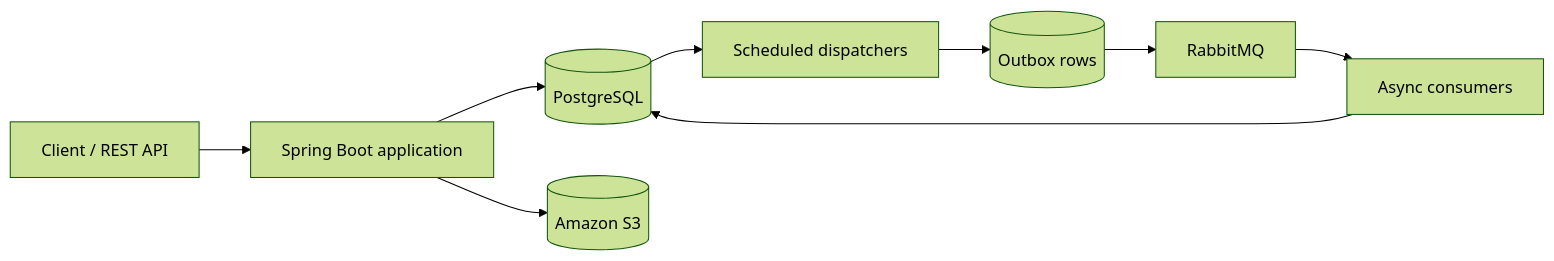
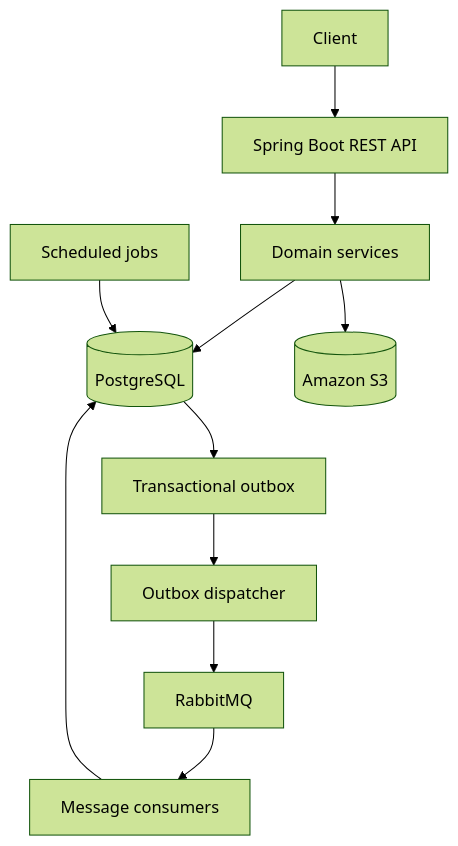
The first of 4 diagrams in README.md (MarioSandy/inventory-management-springboot), drawn with Mermaid (forest theme) before and after one commit. The commit also changed other lines of this file, not shown here.

Commit message:
docs: refocus README on project architecture and business flows

```diff
--- a/README.md
+++ b/README.md
@@ -39,11 +42,13 @@
 ~~~mermaid
-flowchart LR
-    Client[Client / REST API] --> API[Spring Boot application]
-    API --> PG[(PostgreSQL)]
-    API --> S3[(Amazon S3)]
-    PG --> Scheduler[Scheduled dispatchers]
-    Scheduler --> Outbox[(Outbox rows)]
-    Outbox --> Rabbit[RabbitMQ]
-    Rabbit --> Consumer[Async consumers]
-    Consumer --> PG
+flowchart TB
+    Client[Client] --> API[Spring Boot REST API]
+    API --> Domain[Domain services]
+    Domain --> DB[(PostgreSQL)]
+    Domain --> S3[(Amazon S3)]
+    Scheduler[Scheduled jobs] --> DB
+    DB --> Outbox[Transactional outbox]
+    Outbox --> Dispatcher[Outbox dispatcher]
+    Dispatcher --> MQ[RabbitMQ]
+    MQ --> Consumer[Message consumers]
+    Consumer --> DB
 ~~~
```
